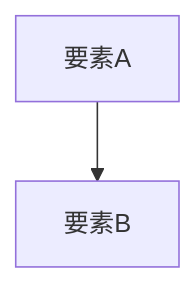
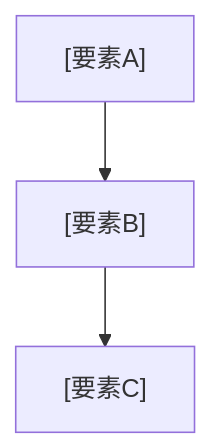
One commit to SuperPyonchiX/.agents changed the diagram in skills/markdown-doc/templates/explanation-knowledge-base.md. Above: the diagram before and after it, drawn with Mermaid. The commit also changed other lines of this file and 4 other files, not shown here.

````diff
--- a/skills/markdown-doc/templates/explanation-knowledge-base.md
+++ b/skills/markdown-doc/templates/explanation-knowledge-base.md
@@ -23,4 +17,5 @@
 ```mermaid
-graph TD
-    A[要素A] --> B[要素B]
+flowchart TD
+    A["[要素A]"] --> B["[要素B]"]
+    B --> C["[要素C]"]
 ```
````
